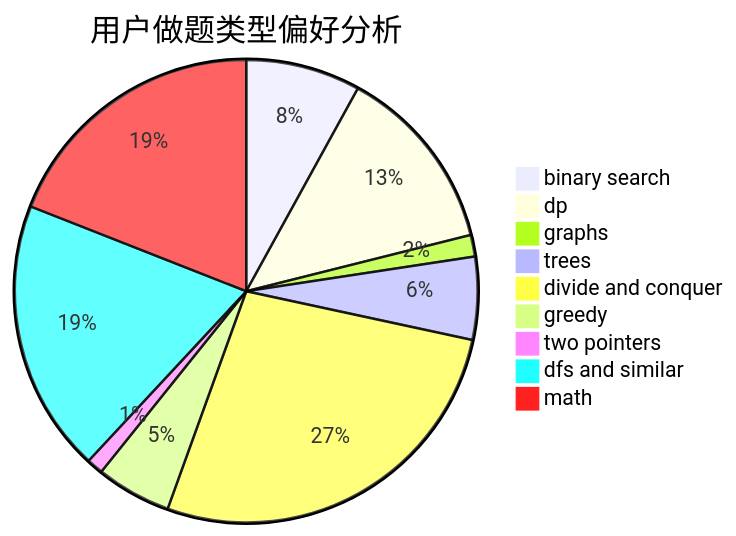
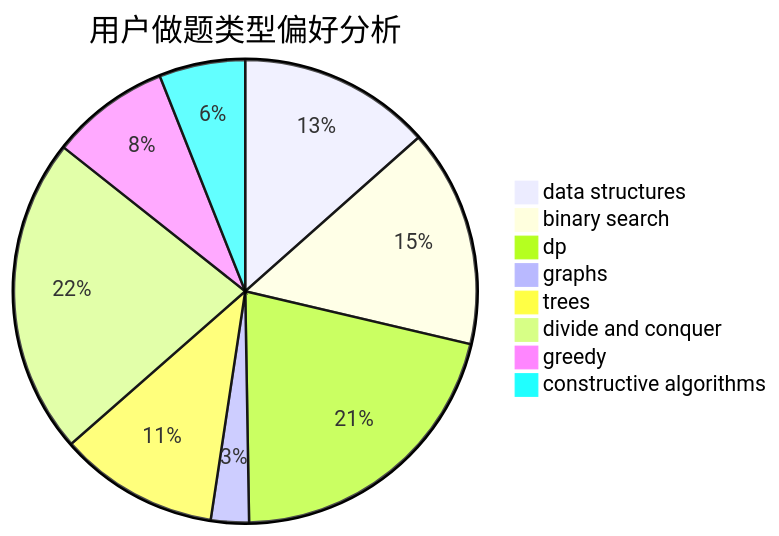
One commit to sherpahu/cfrs.github.io changed the second of 3 diagrams in docs/user/u543.md. Above: the diagram before and after it, drawn with Mermaid. The commit also changed other lines of this file and 2775 other files, not shown here.

````diff
--- a/docs/user/u543.md
+++ b/docs/user/u543.md
@@ -23,12 +23,11 @@
 ```mermaid
 pie title 用户做题类型偏好分析
-    "binary search" :  90
-    "dp" :  147
-    "graphs" :  17
-    "trees" :  65
-    "divide and conquer" :  305
-    "greedy" :  59
-    "two pointers" :  13
-    "dfs and similar" :  214
-    "math" :  214
+    "data structures" :  76
+    "binary search" :  86
+    "dp" :  119
+    "graphs" :  15
+    "trees" :  63
+    "divide and conquer" :  125
+    "greedy" :  47
+    "constructive algorithms" :  34
 ```
````
